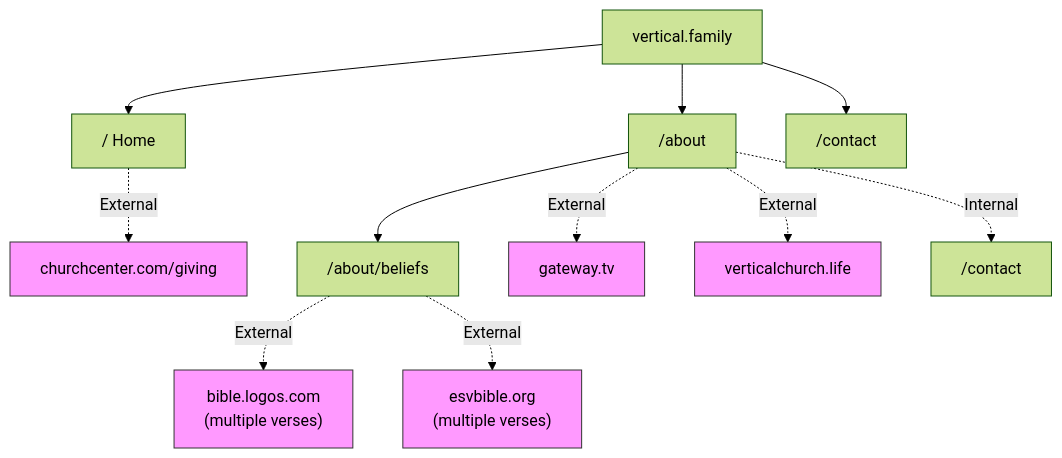
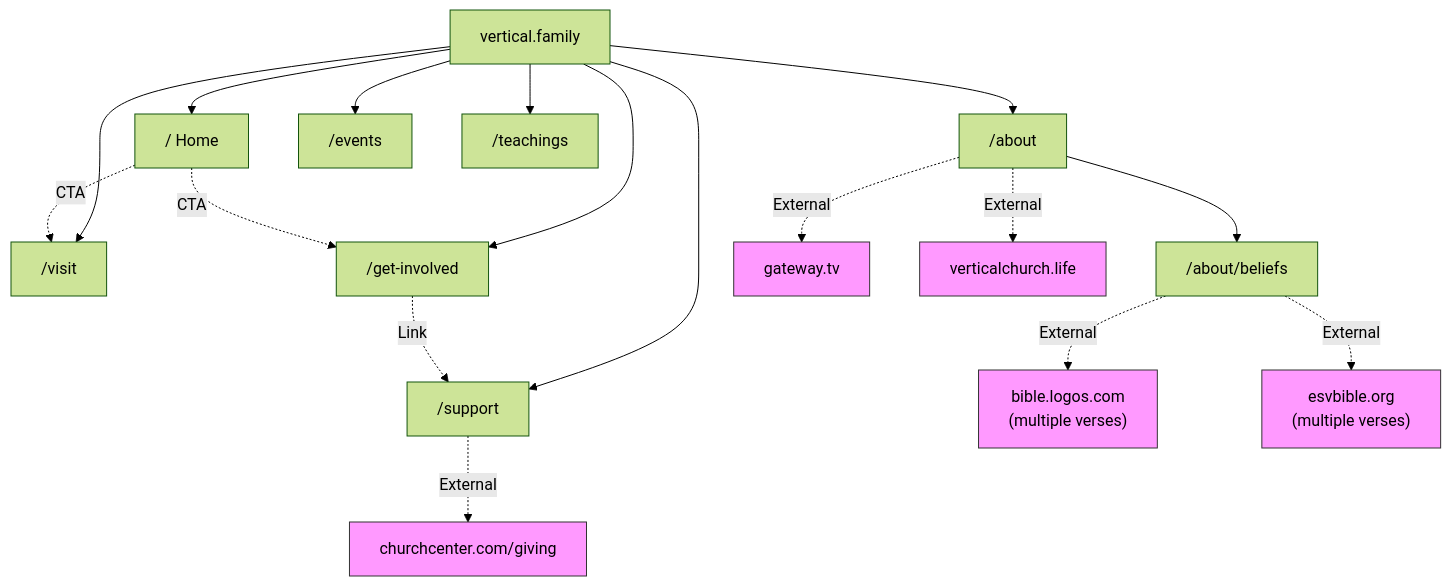
Before and after one commit to SebastianGarces/vertical-church: the fifth of 5 diagrams in product-docs/site-structure.md, drawn with Mermaid (forest theme). The commit also changed other lines of this file and 46 other files, not shown here.

````diff
--- a/product-docs/site-structure.md
+++ b/product-docs/site-structure.md
@@ -100,25 +161,32 @@
 ```mermaid
 flowchart TD
     ROOT["vertical.family"]
     
     ROOT --> HOME["/ Home"]
     ROOT --> ABOUT["/about"]
-    ROOT --> CONTACT["/contact"]
+    ROOT --> VISIT["/visit"]
+    ROOT --> INVOLVED["/get-involved"]
+    ROOT --> EVENTS["/events"]
+    ROOT --> SUPPORT["/support"]
+    ROOT --> TEACHINGS["/teachings"]
     
     ABOUT --> BELIEFS["/about/beliefs"]
     
-    HOME -.->|External| GIVING["churchcenter.com/giving"]
+    HOME -.->|CTA| VISIT
+    HOME -.->|CTA| INVOLVED
+    
+    INVOLVED -.->|Link| SUPPORT
+    SUPPORT -.->|External| GIVING["churchcenter.com/giving"]
     
     ABOUT -.->|External| GATEWAY["gateway.tv"]
     ABOUT -.->|External| VCOLUMBUS["verticalchurch.life"]
-    ABOUT -.->|Internal| CONTACT2["/contact"]
     
     BELIEFS -.->|External| BIBLE["bible.logos.com<br/>(multiple verses)"]
     BELIEFS -.->|External| ESV["esvbible.org<br/>(multiple verses)"]
     
     style GIVING fill:#f9f,stroke:#333
     style GATEWAY fill:#f9f,stroke:#333
     style VCOLUMBUS fill:#f9f,stroke:#333
     style BIBLE fill:#f9f,stroke:#333
     style ESV fill:#f9f,stroke:#333
 ```
````
